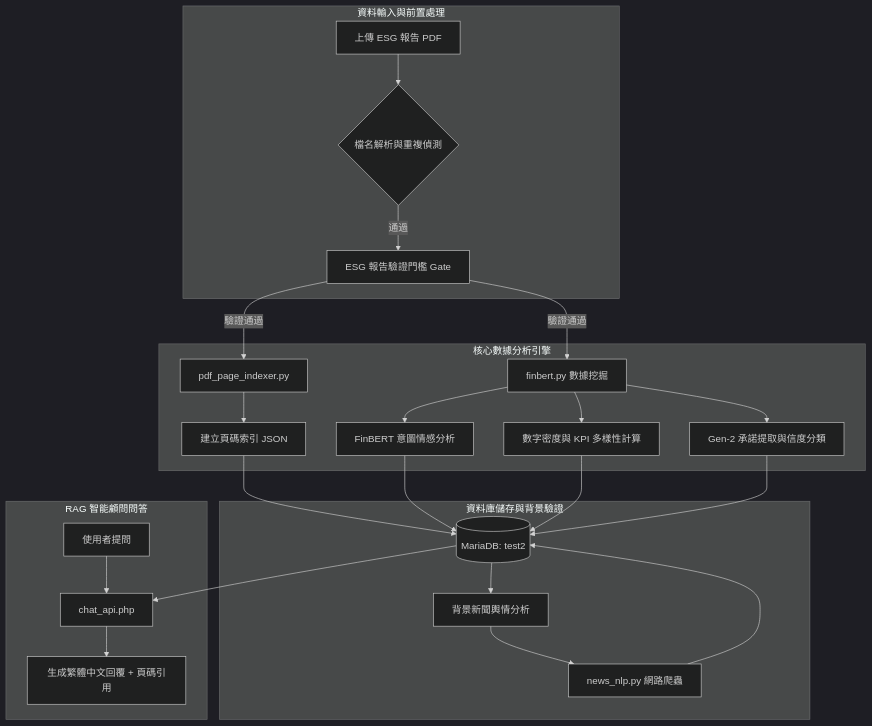
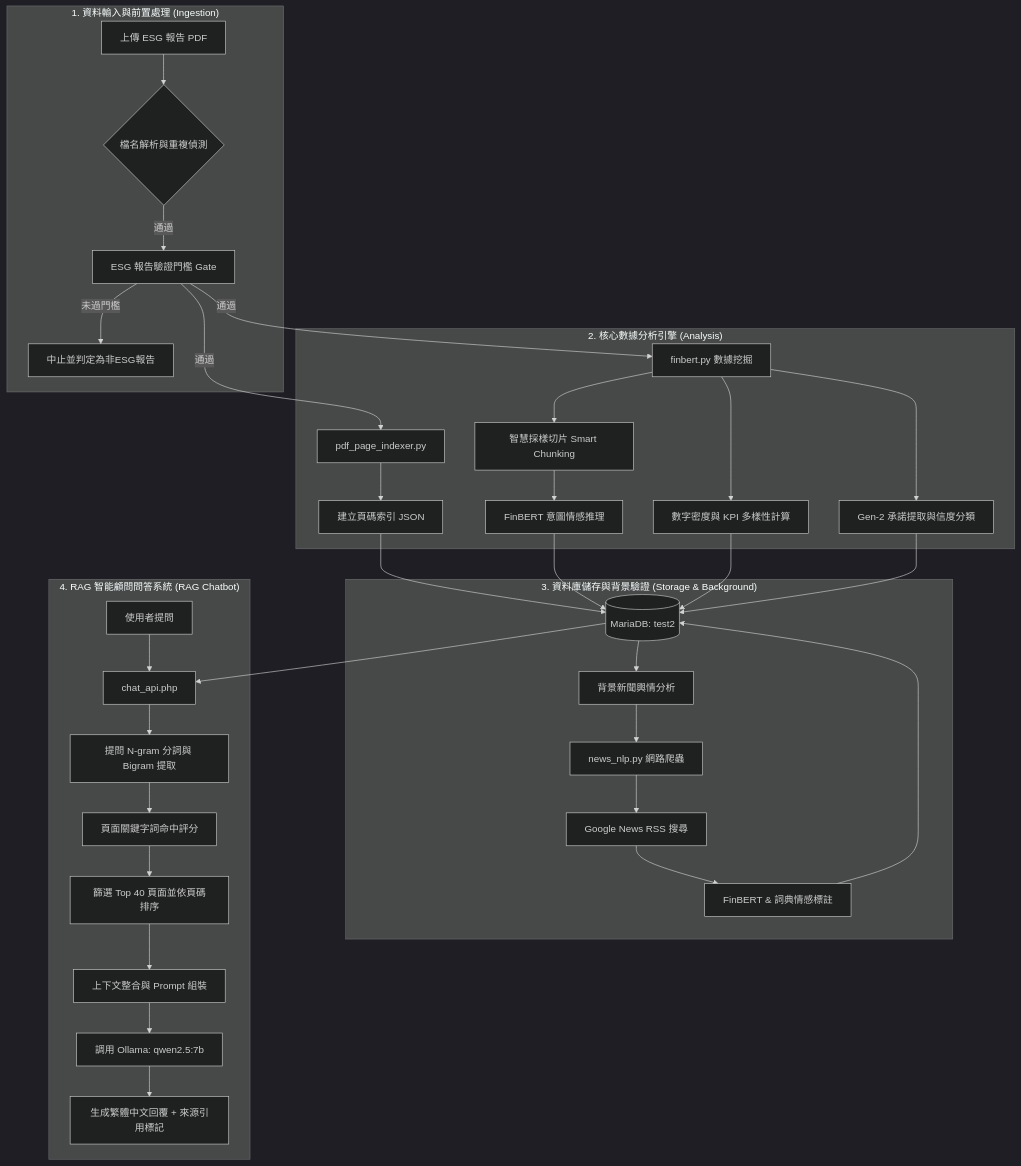
One commit to samngjjj/eco_trust changed the diagram in README.md. Above: the diagram before and after it, drawn with Mermaid (dark theme). The commit also changed other lines of this file, not shown here.

Commit message:
docs: improve README with detailed system formulas, architecture, and configuration guides

````diff
--- a/README.md
+++ b/README.md
@@ -17,32 +24,43 @@
 ```mermaid
 flowchart TD
-    subgraph A[資料輸入與前置處理]
+    subgraph Ingestion["1. 資料輸入與前置處理 (Ingestion)"]
         A1[上傳 ESG 報告 PDF] --> A2{檔名解析與重複偵測}
-        A2 -- 通過 --> A4[ESG 報告驗證門檻 Gate]
+        A2 -- 通過 --> A3[ESG 報告驗證門檻 Gate]
+        A3 -- 未過門檻 --> A4[中止並判定為非ESG報告]
     end
 
-    subgraph B[核心數據分析引擎]
-        A4 -- 驗證通過 --> B1[pdf_page_indexer.py]
+    subgraph CoreEngine["2. 核心數據分析引擎 (Analysis)"]
+        A3 -- 通過 --> B1[pdf_page_indexer.py]
         B1 --> B2[建立頁碼索引 JSON]
-        A4 -- 驗證通過 --> B3[finbert.py 數據挖掘]
-        B3 --> B5[FinBERT 意圖情感分析]
+        
+        A3 -- 通過 --> B3[finbert.py 數據挖掘]
+        B3 --> B4[智慧採樣切片 Smart Chunking]
+        B4 --> B5[FinBERT 意圖情感推理]
         B3 --> B6[數字密度與 KPI 多樣性計算]
         B3 --> B7[Gen-2 承諾提取與信度分類]
     end
 
-    subgraph C[資料庫儲存與背景驗證]
+    subgraph Storage["3. 資料庫儲存與背景驗證 (Storage & Background)"]
         B2 --> C1[(MariaDB: test2)]
         B5 --> C1
         B6 --> C1
         B7 --> C1
+        
         C1 --> C2[背景新聞輿情分析]
         C2 --> C3[news_nlp.py 網路爬蟲]
-        C3 --> C1
+        C3 --> C4[Google News RSS 搜尋]
+        C4 --> C5[FinBERT & 詞典情感標註]
+        C5 --> C1
     end
 
-    subgraph D[RAG 智能顧問問答]
+    subgraph RAGConsultant["4. RAG 智能顧問問答系統 (RAG Chatbot)"]
         D1[使用者提問] --> D2[chat_api.php]
         C1 --> D2
-        D2 --> D8[生成繁體中文回覆 + 頁碼引用]
+        D2 --> D3[提問 N-gram 分詞與 Bigram 提取]
+        D3 --> D4[頁面關鍵字詞命中評分]
+        D4 --> D5[篩選 Top 40 頁面並依頁碼排序]
+        D5 --> D6[上下文整合與 Prompt 組裝]
+        D6 --> D7[調用 Ollama: qwen2.5:7b]
+        D7 --> D8[生成繁體中文回覆 + 來源引用標記]
     end
 ```
````
